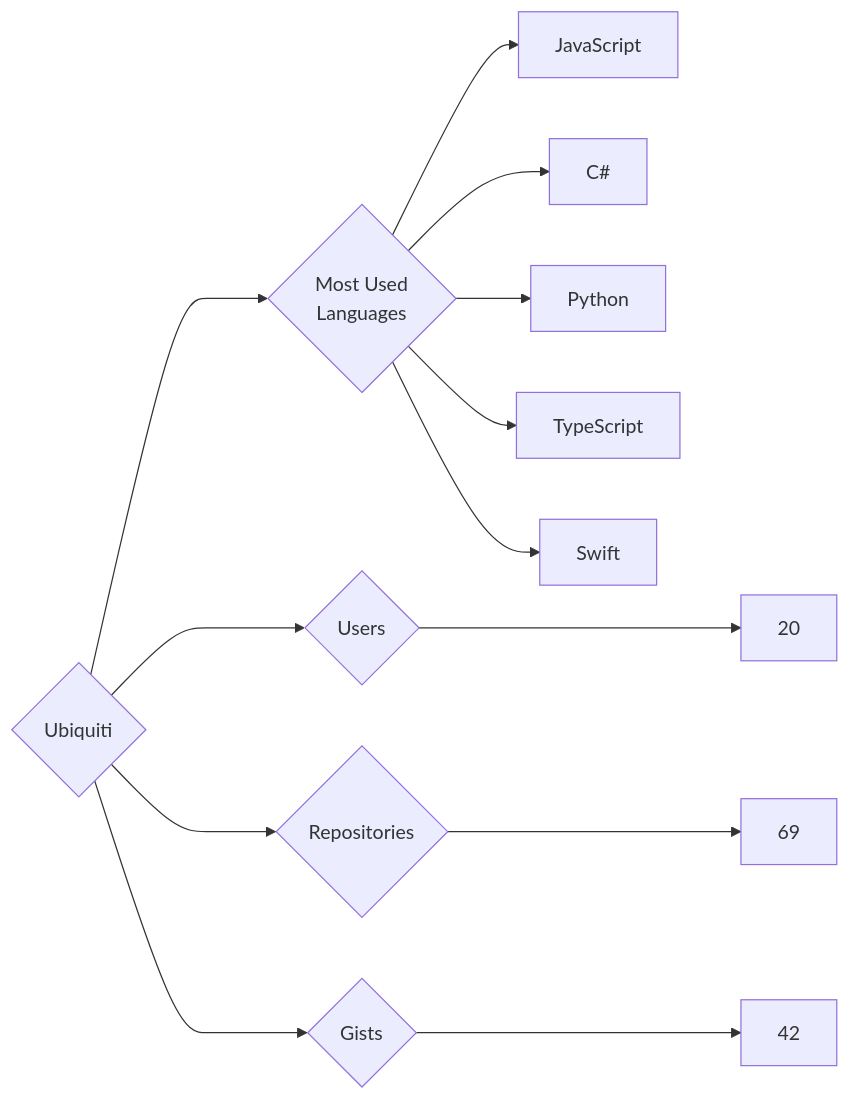
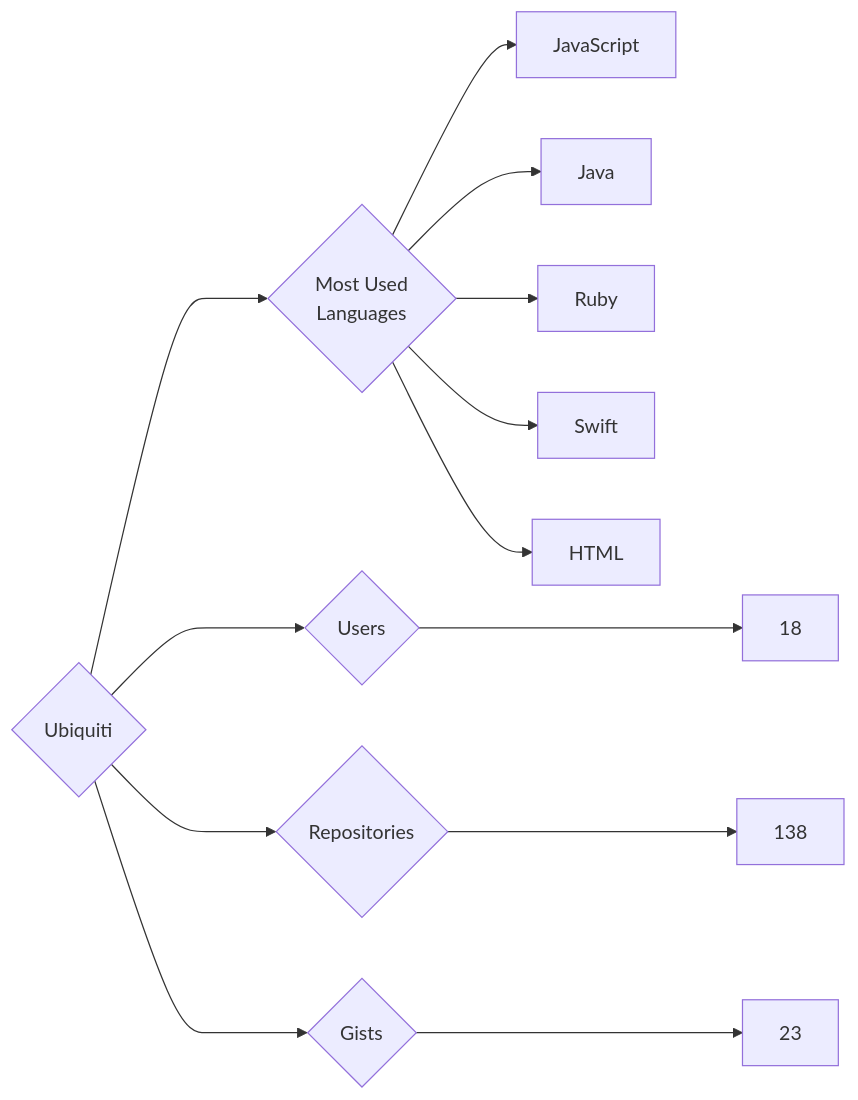
The diagram in targets/Ubiquiti/README.md (trickest/insiders), drawn with Mermaid before and after one commit. The commit also changed 851 other files, not shown here.

````diff
--- a/targets/Ubiquiti/README.md
+++ b/targets/Ubiquiti/README.md
@@ -3,13 +3,13 @@
 ```mermaid
 graph LR
 COMPANY_NAME{Ubiquiti}
-COMPANY_NAME ---> U{Users} ---> UN[20]
-COMPANY_NAME ---> R{Repositories} ---> RN[69]
-COMPANY_NAME ---> G{Gists} ---> GN[42]
+COMPANY_NAME ---> U{Users} ---> UN[18]
+COMPANY_NAME ---> R{Repositories} ---> RN[138]
+COMPANY_NAME ---> G{Gists} ---> GN[23]
 COMPANY_NAME ---> ML{Most Used<br>Languages}
 ML --> JavaScript[JavaScript]
-ML --> C#[C#]
-ML --> Python[Python]
-ML --> TypeScript[TypeScript]
+ML --> Java[Java]
+ML --> Ruby[Ruby]
 ML --> Swift[Swift]
+ML --> HTML[HTML]
 ```
````
